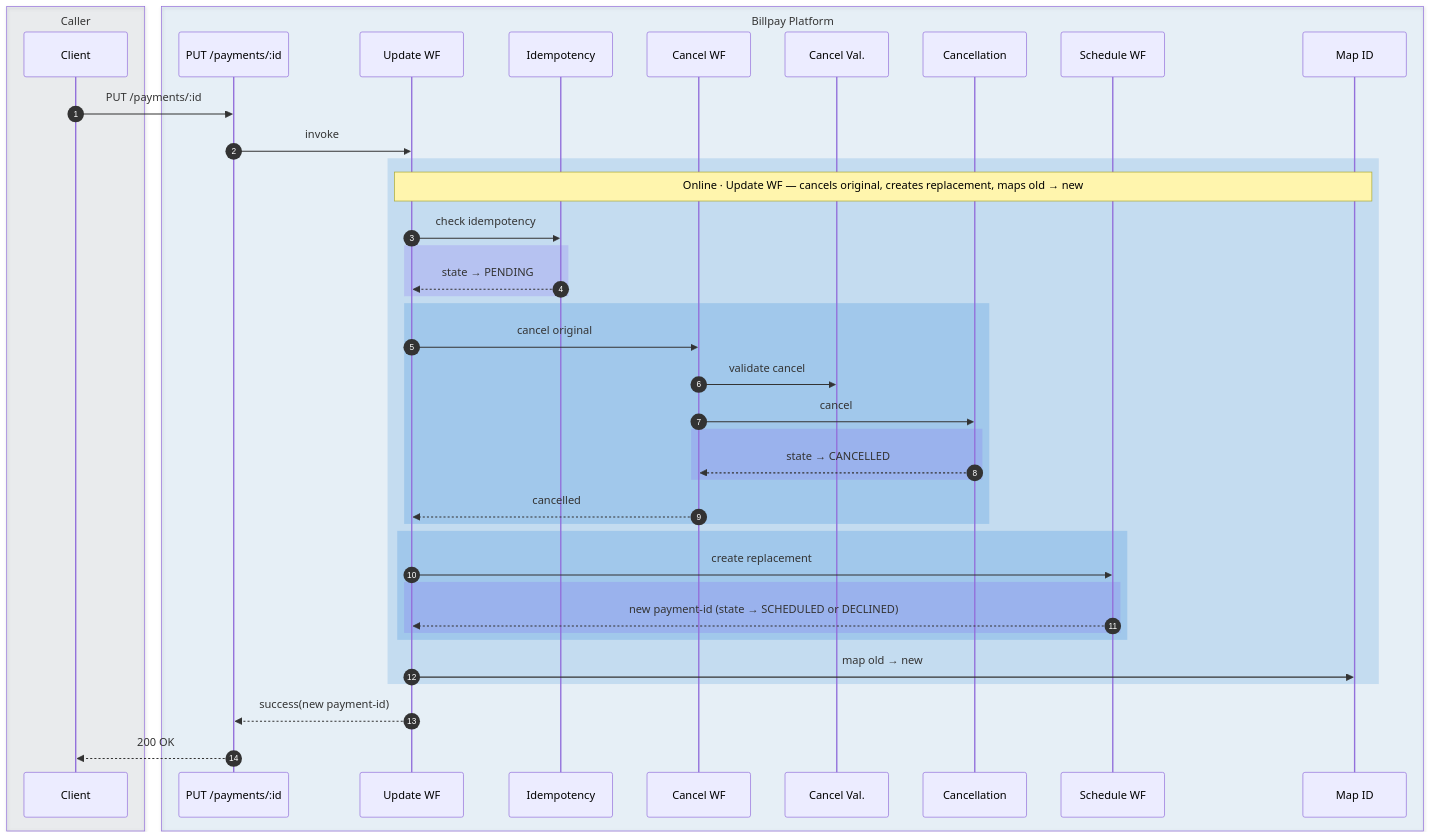
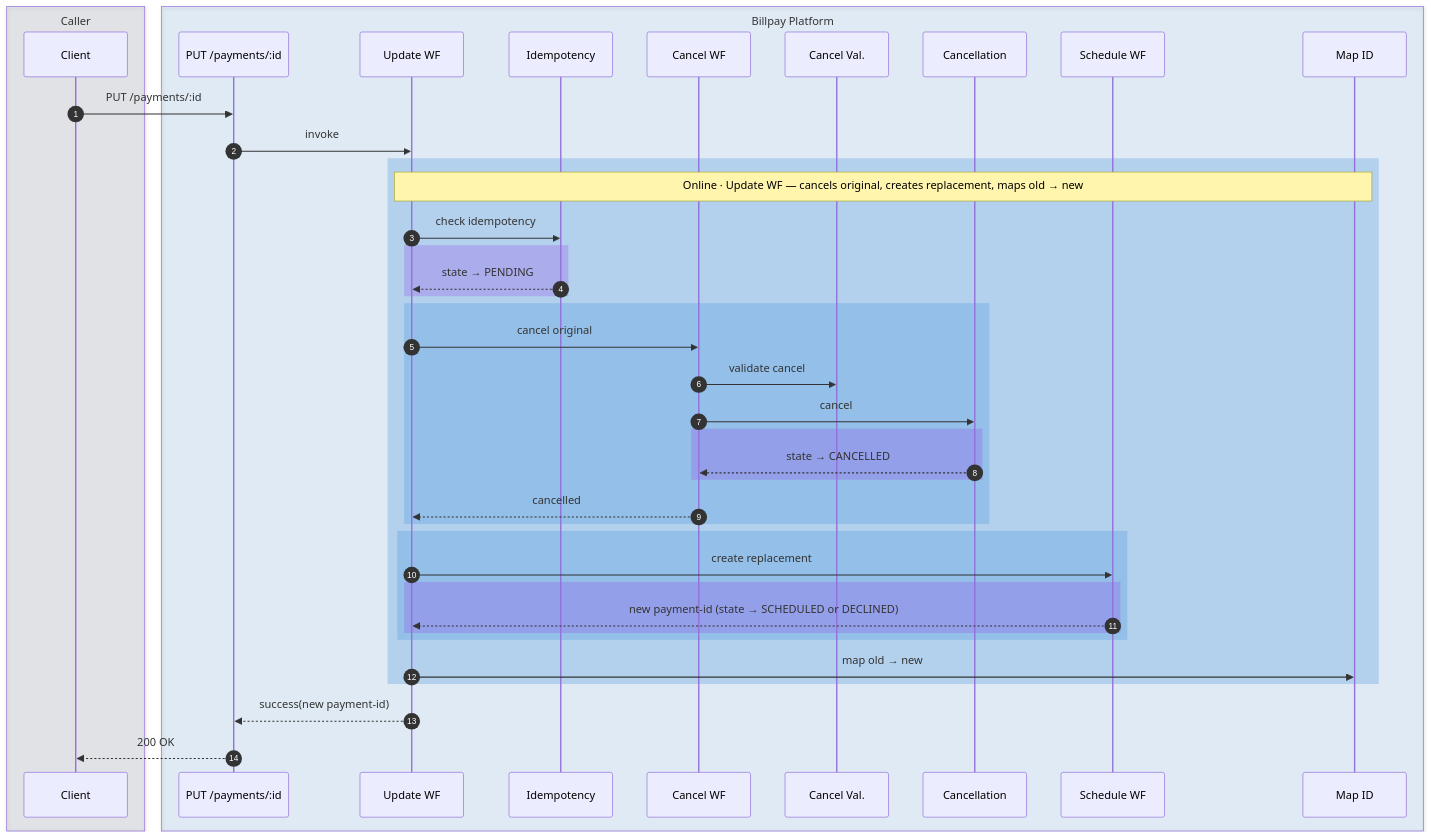
Before and after one commit to arunav-bhattacharya/billpay-book: the fifth of 12 diagrams in website/docs/design/diagrams/sequence-diagram.md, drawn with Mermaid. The commit also changed other lines of this file and 4 other files, not shown here.

First line of the commit message:
Polish: system-map depth ramp + brighter sequence-diagram palette

````diff
--- a/website/docs/design/diagrams/sequence-diagram.md
+++ b/website/docs/design/diagrams/sequence-diagram.md
@@ -405,52 +405,52 @@
 ```mermaid
 sequenceDiagram
   autonumber
 
-  box rgba(100,116,139,0.1) Caller
+  box rgba(120,132,152,0.16) Caller
     participant C as Client
   end
 
-  box rgba(0,111,207,0.08) Billpay Platform
+  box rgba(1,111,208,0.1) Billpay Platform
     participant API as PUT /payments/:id
     participant U as Update WF
     participant IDEMP as Idempotency
     participant CAN as Cancel WF
     participant PCV as Cancel Val.
     participant PCN as Cancellation
     participant CSP as Schedule WF
     participant MAP as Map ID
   end
 
   C->>API: PUT /payments/:id
   API->>U: invoke
 
-  rect rgba(0,111,207,0.15)
+  rect rgba(1,111,208,0.2)
     Note over U,MAP: Online · Update WF — cancels original, creates replacement, maps old → new
     U->>IDEMP: check idempotency
-    rect rgba(124,92,246,0.2)
+    rect rgba(150,75,232,0.28)
       IDEMP-->>U: state → PENDING
     end
 
     rect rgba(0,111,207,0.18)
       U->>CAN: cancel original
       CAN->>PCV: validate cancel
       CAN->>PCN: cancel
-      rect rgba(124,92,246,0.2)
+      rect rgba(150,75,232,0.28)
         PCN-->>CAN: state → CANCELLED
       end
       CAN-->>U: cancelled
     end
 
     rect rgba(0,111,207,0.18)
       U->>CSP: create replacement
-      rect rgba(124,92,246,0.2)
+      rect rgba(150,75,232,0.28)
         CSP-->>U: new payment-id (state → SCHEDULED or DECLINED)
       end
     end
 
     U->>MAP: map old → new
   end
 
   U-->>API: success(new payment-id)
   API-->>C: 200 OK
 ```
````
